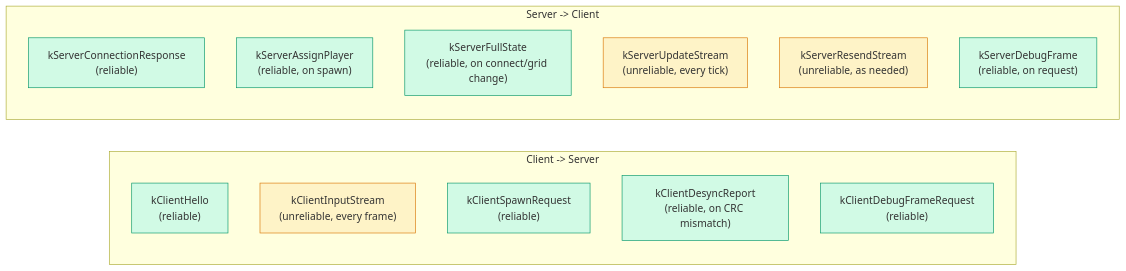
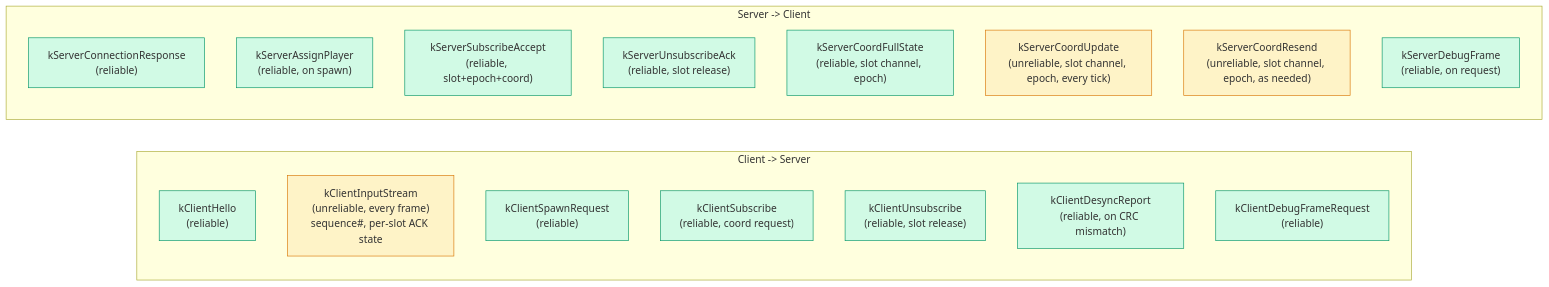
The fourth of 6 diagrams in Documents/Architecture/Network.md (DougTanner/BrokenEnginePublic), drawn with Mermaid before and after one commit. The commit also changed other lines of this file and 23 other files, not shown here.

````diff
--- a/Documents/Architecture/Network.md
+++ b/Documents/Architecture/Network.md
@@ -117,25 +128,29 @@
 ```mermaid
 %%{init: {'theme': 'default'}}%%
 graph LR
     classDef reliable fill:#d1fae5,stroke:#059669
     classDef unreliable fill:#fef3c7,stroke:#d97706
     classDef clientPkt fill:#dbeafe,stroke:#3b82f6
     classDef serverPkt fill:#fee2e2,stroke:#ef4444
 
     subgraph client_to_server ["Client -> Server"]
         kClientHello["kClientHello<br/>(reliable)"]:::reliable
-        kClientInputStream["kClientInputStream<br/>(unreliable, every frame)"]:::unreliable
+        kClientInputStream["kClientInputStream<br/>(unreliable, every frame)<br/>sequence#, per-slot ACK state"]:::unreliable
         kClientSpawnRequest["kClientSpawnRequest<br/>(reliable)"]:::reliable
+        kClientSubscribe["kClientSubscribe<br/>(reliable, coord request)"]:::reliable
+        kClientUnsubscribe["kClientUnsubscribe<br/>(reliable, slot release)"]:::reliable
         kClientDesyncReport["kClientDesyncReport<br/>(reliable, on CRC mismatch)"]:::reliable
         kClientDebugFrameRequest["kClientDebugFrameRequest<br/>(reliable)"]:::reliable
     end
 
     subgraph server_to_client ["Server -> Client"]
         kServerConnectionResponse["kServerConnectionResponse<br/>(reliable)"]:::reliable
         kServerAssignPlayer["kServerAssignPlayer<br/>(reliable, on spawn)"]:::reliable
-        kServerFullState["kServerFullState<br/>(reliable, on connect/grid change)"]:::reliable
-        kServerUpdateStream["kServerUpdateStream<br/>(unreliable, every tick)"]:::unreliable
-        kServerResendStream["kServerResendStream<br/>(unreliable, as needed)"]:::unreliable
+        kServerSubscribeAccept["kServerSubscribeAccept<br/>(reliable, slot+epoch+coord)"]:::reliable
+        kServerUnsubscribeAck["kServerUnsubscribeAck<br/>(reliable, slot release)"]:::reliable
+        kServerCoordFullState["kServerCoordFullState<br/>(reliable, slot channel, epoch)"]:::reliable
+        kServerCoordUpdate["kServerCoordUpdate<br/>(unreliable, slot channel, epoch, every tick)"]:::unreliable
+        kServerCoordResend["kServerCoordResend<br/>(unreliable, slot channel, epoch, as needed)"]:::unreliable
         kServerDebugFrame["kServerDebugFrame<br/>(reliable, on request)"]:::reliable
     end
 ```
````
